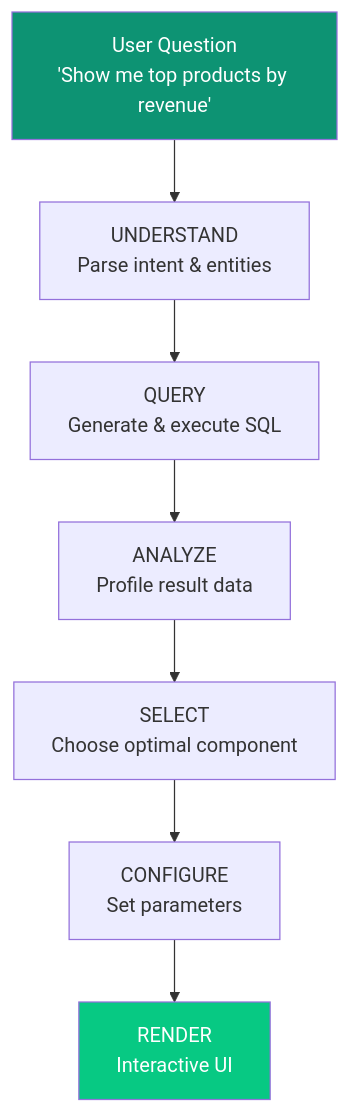
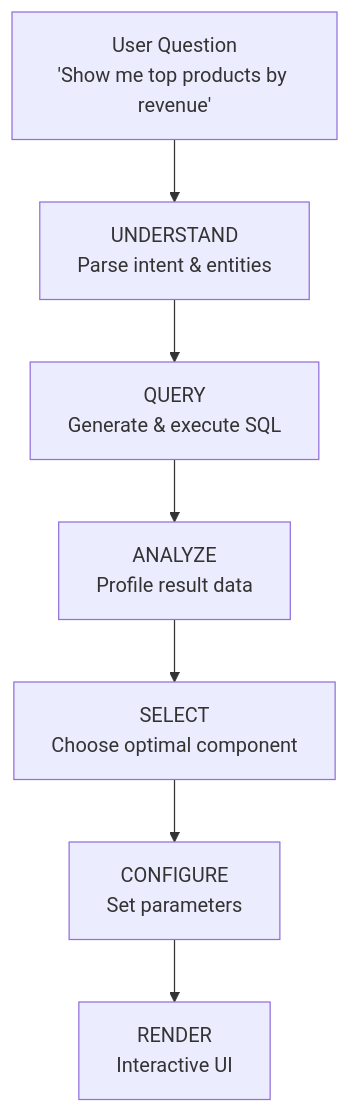
Before and after one commit to ashishsuperatom/tech-docs: the first of 4 diagrams in ip/generative-ui.mdx, drawn with Mermaid. The commit also changed other lines of this file and 37 other files, not shown here.

First line of the commit message:
Clean up docs: remove em-dashes, fix mermaid diagrams, remove emojis

````diff
--- a/ip/generative-ui.mdx
+++ b/ip/generative-ui.mdx
@@ -28,17 +28,15 @@
 ```mermaid
 flowchart TB
     Q["User Question<br>'Show me top products by revenue'"] --> UNDERSTAND["UNDERSTAND<br>Parse intent & entities"]
 
     UNDERSTAND --> QUERY["QUERY<br>Generate & execute SQL"]
 
     QUERY --> ANALYZE["ANALYZE<br>Profile result data"]
 
     ANALYZE --> SELECT["SELECT<br>Choose optimal component"]
 
     SELECT --> CONFIGURE["CONFIGURE<br>Set parameters"]
 
     CONFIGURE --> RENDER["RENDER<br>Interactive UI"]
 
-    style Q fill:#0D9373,color:#fff
-    style RENDER fill:#07C983,color:#fff
 ```
````
